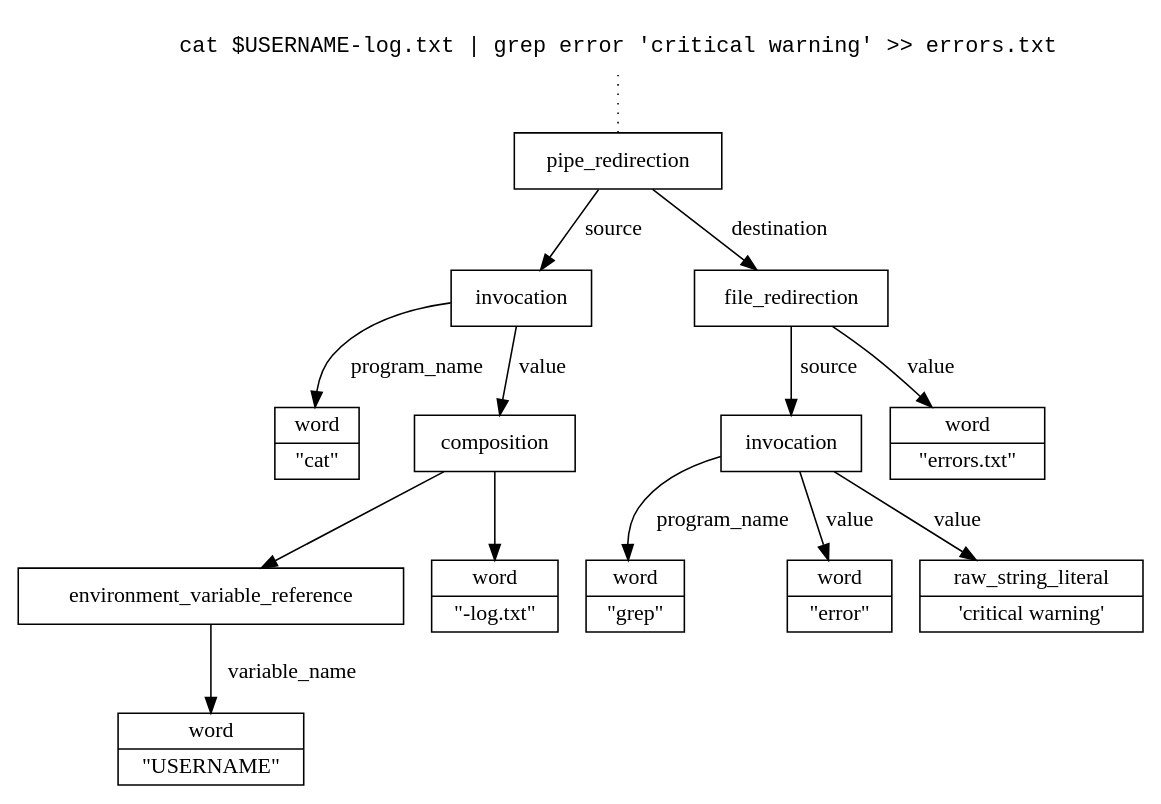
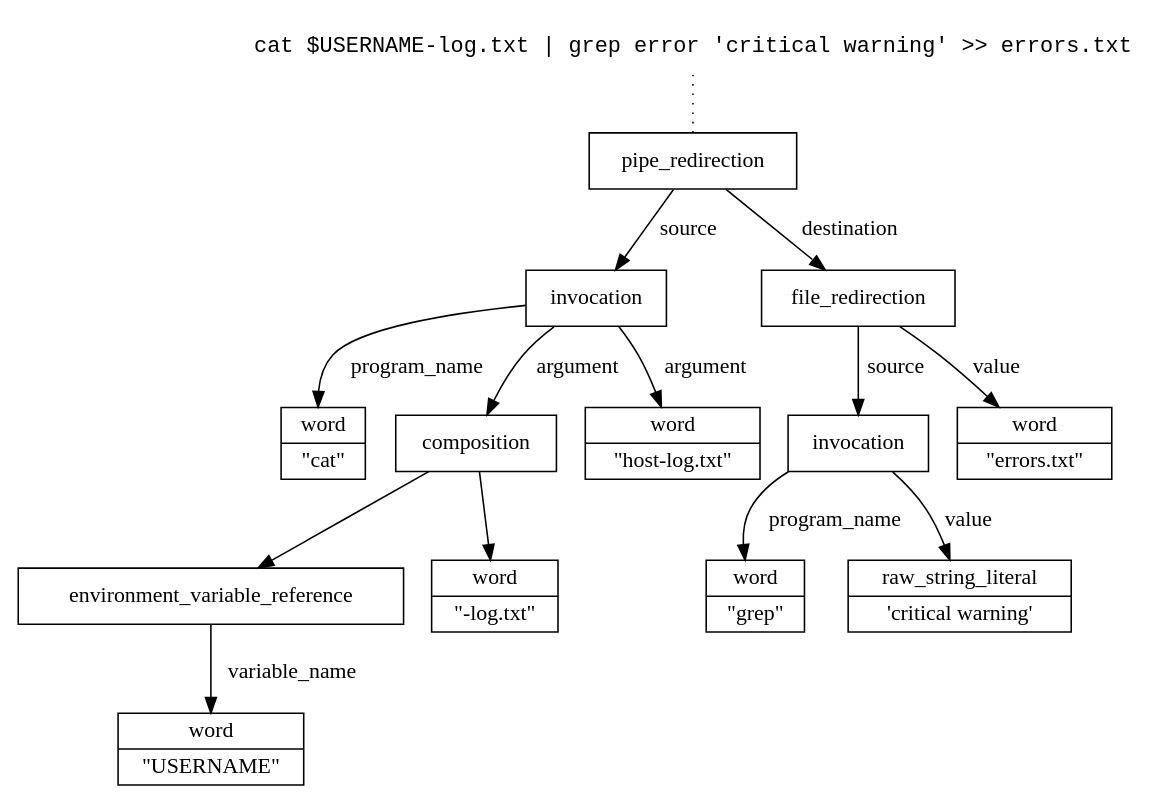
The diagram in include/syntax/examples/simple_pipe_redirection.dot (exesaLigno/farSH), drawn with Graphviz before and after one commit.

Commit message:
Example reworked to be correct executable tree

```diff
--- a/include/syntax/examples/simple_pipe_redirection.dot
+++ b/include/syntax/examples/simple_pipe_redirection.dot
@@ -1,44 +1,44 @@
 digraph G {
     dummy [shape=none; fontname="Courier"; label="cat $USERNAME-log.txt | grep error 'critical warning' >> errors.txt"]
     
     pipe_redirection [shape=record]
 
     program1 [shape=record; label="invocation"]
     word1 [shape=record; label="{word | \"cat\"}"]
     composition1 [shape=record; label="composition"]
     envref1 [shape=record; label="environment_variable_reference"]
     word2 [shape=record; label="{word | \"USERNAME\"}"]
     word3 [shape=record; label="{word | \"-log.txt\"}"]
+    added_word [shape=record; label="{word | \"host-log.txt\"}"]
 
     program2 [shape=record; label="invocation"]
     word4 [shape=record; label="{word | \"grep\"}"]
-    word5 [shape=record; label="{word | \"error\"}"]
     rawstring [shape=record; label="{raw_string_literal | \'critical warning\'}"]
 
     file_redirection [shape=record]
     word6 [shape=record; label="{word | \"errors.txt\"}"]
     
     dummy->pipe_redirection [style="dotted", arrowhead="none"]
     
     pipe_redirection -> program1 [label="source"]
     program1 -> word1 [label="program_name"]
-    program1 -> composition1 [label="value"]
+    program1 -> composition1 [label="argument"]
+    program1 -> added_word [label="argument"]
     composition1 -> envref1
     envref1 -> word2 [label="variable_name"]
     composition1 -> word3
 
     pipe_redirection -> file_redirection [label="destination"]
     file_redirection -> program2 [label="source"]
     program2 -> word4 [label="program_name"]
-    program2 -> word5 [label="value"]
     program2 -> rawstring [label="value"]
     file_redirection -> word6 [label="value"]
     // command -> pipe_redirection
     // pipe_redirection -> program1 [label="source"]
     // pipe_redirection -> file_redirection [label="destination"]
     // file_redirection -> program2 [label="source"]
     // file_redirection -> argument4 [label="destination"]
     // program1 -> argument1
     // program2 -> argument2
     // program2 -> argument3
 }
```
